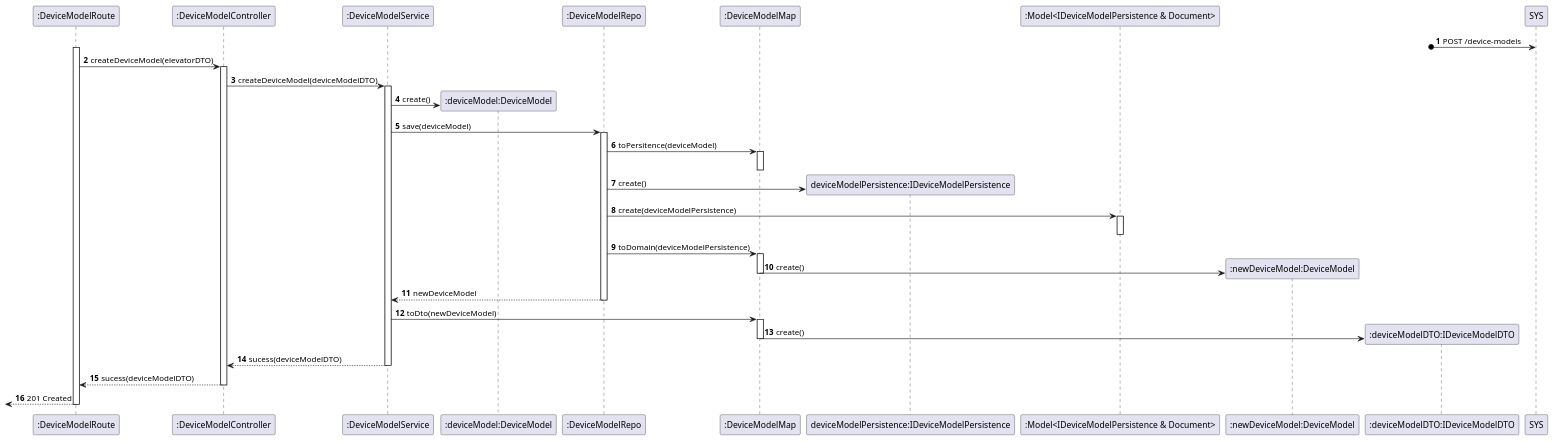
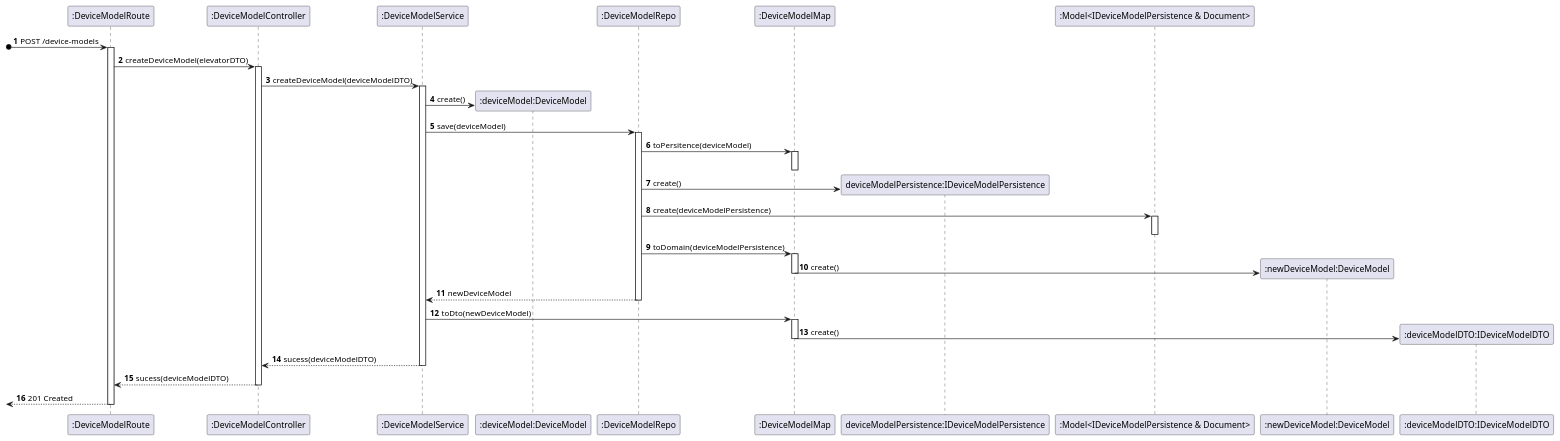
The diagram in _wiki/sprint-a/us18-350/views/level-3/process-view.puml (miseEnPlace-dev/lapr5), drawn with PlantUML before and after one commit.

Commit message:
docs(us-350): fixed typo

```diff
--- a/_wiki/sprint-a/us18-350/views/level-3/process-view.puml
+++ b/_wiki/sprint-a/us18-350/views/level-3/process-view.puml
@@ -1,48 +1,48 @@
 @startuml process-view
 autonumber
 participant ROUTE as ":DeviceModelRoute"
 participant CTRL as ":DeviceModelController"
 participant SRV as ":DeviceModelService"
 participant BUILD as ":deviceModel:DeviceModel"
 participant REPO as ":DeviceModelRepo"
 participant MAP as ":DeviceModelMap"
 participant PERS as "deviceModelPersistence:IDeviceModelPersistence"
 participant MODEL as ":Model<IDeviceModelPersistence & Document>"
 participant NBUILD as ":newDeviceModel:DeviceModel"
 participant DTO as ":deviceModelDTO:IDeviceModelDTO"
 
-?o-> SYS : POST /device-models
+?o-> ROUTE : POST /device-models
 activate ROUTE
 
 ROUTE -> CTRL : createDeviceModel(elevatorDTO)
 activate CTRL
 CTRL -> SRV : createDeviceModel(deviceModelDTO)
 activate SRV
 SRV -> BUILD** : create()
 SRV -> REPO : save(deviceModel)
 activate REPO
 REPO -> MAP : toPersitence(deviceModel)
 activate MAP
 deactivate MAP
 REPO -> PERS** : create()
 REPO -> MODEL : create(deviceModelPersistence)
 activate MODEL
 deactivate MODEL
 REPO -> MAP : toDomain(deviceModelPersistence)
 activate MAP
 MAP -> NBUILD** : create()
 deactivate MAP
 REPO --> SRV : newDeviceModel
 deactivate REPO
 SRV -> MAP : toDto(newDeviceModel)
 activate MAP
 MAP -> DTO** : create()
 deactivate MAP
 SRV --> CTRL : sucess(deviceModelDTO)
 deactivate SRV
 CTRL --> ROUTE : sucess(deviceModelDTO)
 deactivate CTRL
 <-- ROUTE : 201 Created
 deactivate ROUTE
 
 @enduml
```
